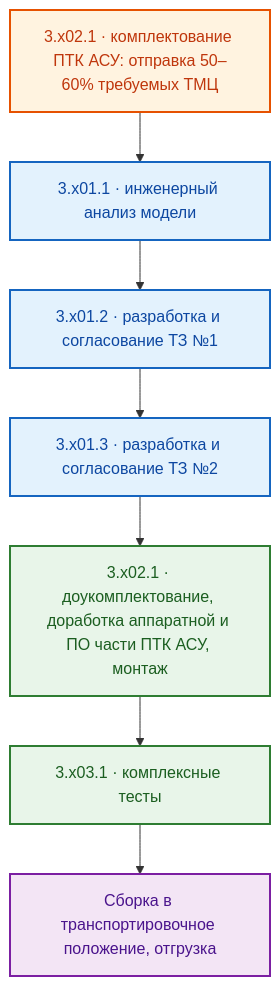
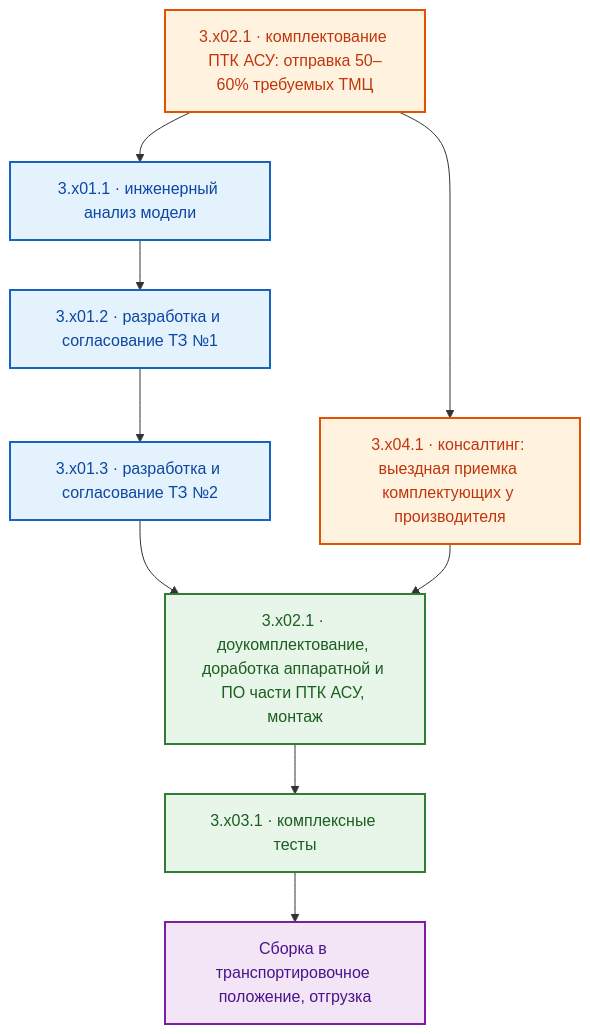
Before and after one commit to Konkery/Project-8_2026-N0-HORIZON: the third of 3 diagrams in 04__Договор/pre-contract-negotiations.md, drawn with Mermaid. The commit also changed other lines of this file and 6 other files, not shown here.

````diff
--- a/04__Договор/pre-contract-negotiations.md
+++ b/04__Договор/pre-contract-negotiations.md
@@ -340,15 +411,17 @@
 ```mermaid
 flowchart TD
     classDef storage fill:#E3F2FD,stroke:#1565C0,stroke-width:2px,color:#0D47A1;
     classDef engine  fill:#FFF3E0,stroke:#E65100,stroke-width:2px,color:#BF360C;
     classDef lib     fill:#E8F5E9,stroke:#2E7D32,stroke-width:2px,color:#1B5E20;
     classDef output  fill:#F3E5F5,stroke:#7B1FA2,stroke-width:2px,color:#4A148C;
 
     A[3.x02.1 · комплектование ПТК АСУ: отправка 50–60% требуемых ТМЦ]:::engine --> B
+    A --> K[3.x04.1 · консалтинг: выездная приемка комплектующих у производителя]:::engine
     B[3.x01.1 · инженерный анализ модели]:::storage --> C
     C[3.x01.2 · разработка и согласование ТЗ №1]:::storage --> D
     D[3.x01.3 · разработка и согласование ТЗ №2]:::storage --> E
+    K --> E
     E[3.x02.1 · доукомплектование, доработка аппаратной и ПО части ПТК АСУ, монтаж]:::lib --> F
     F[3.x03.1 · комплексные тесты]:::lib --> G
     G[Сборка в транспортировочное положение, отгрузка]:::output
 ```
````
